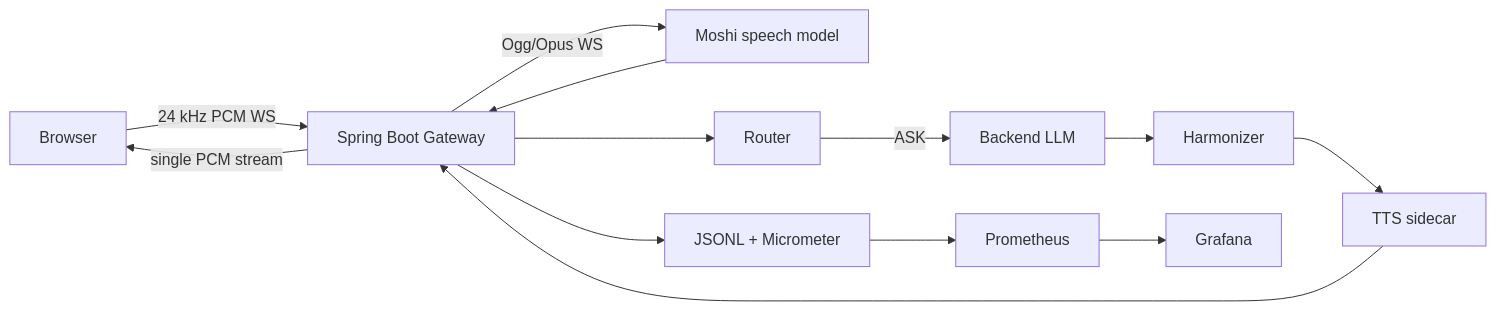
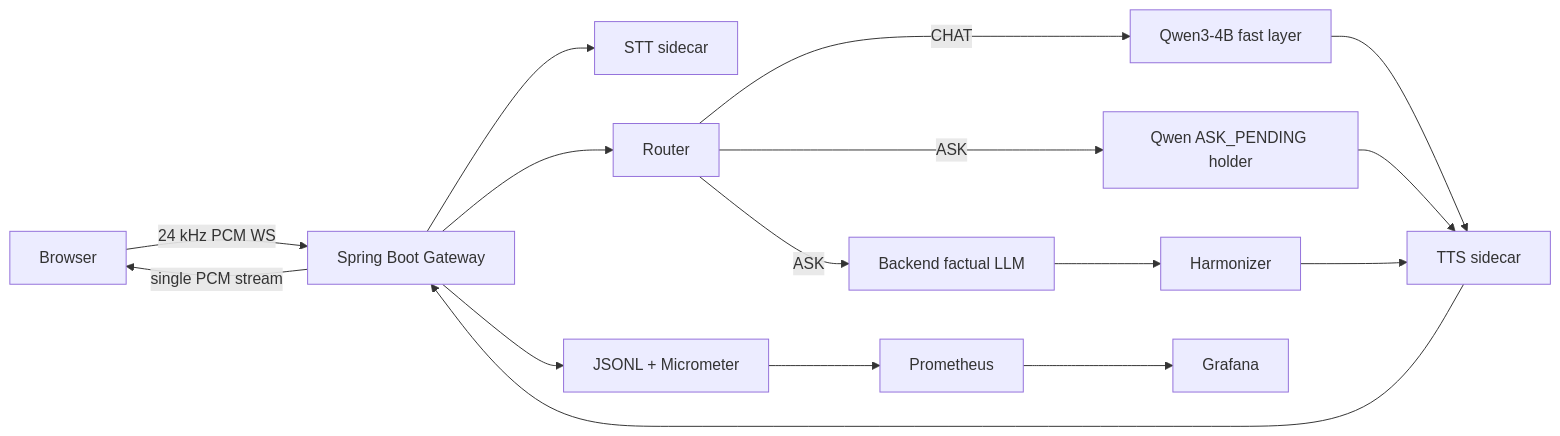
One commit to Ritesh102000/DuplexResponseV1 changed the diagram in README.md. Above: the diagram before and after it, drawn with Mermaid. The commit also changed other lines of this file and 49 other files, not shown here.

````diff
--- a/README.md
+++ b/README.md
@@ -19,15 +20,18 @@
 ```mermaid
 flowchart LR
     Browser[Browser] -->|24 kHz PCM WS| Gateway[Spring Boot Gateway]
-    Gateway -->|Ogg/Opus WS| Moshi[Moshi speech model]
+    Gateway --> STT[STT sidecar]
     Gateway --> Router[Router]
-    Router -->|ASK| LLM[Backend LLM]
+    Router -->|CHAT| Qwen[Qwen3-4B fast layer]
+    Router -->|ASK| QwenPending[Qwen ASK_PENDING holder]
+    Router -->|ASK| LLM[Backend factual LLM]
     LLM --> Harmonizer[Harmonizer]
+    Qwen --> TTS[TTS sidecar]
+    QwenPending --> TTS
     Harmonizer --> TTS[TTS sidecar]
     TTS --> Gateway
-    Moshi --> Gateway
     Gateway -->|single PCM stream| Browser
     Gateway --> Metrics[JSONL + Micrometer]
     Metrics --> Prometheus
     Prometheus --> Grafana
 ```
````
